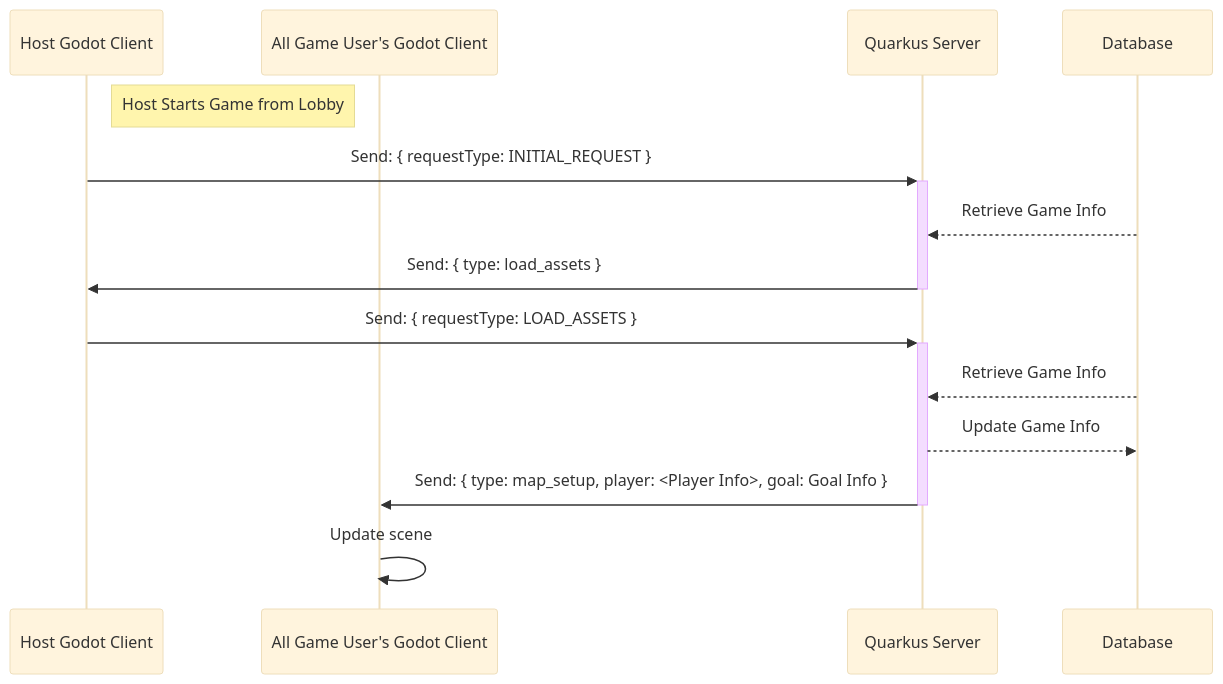
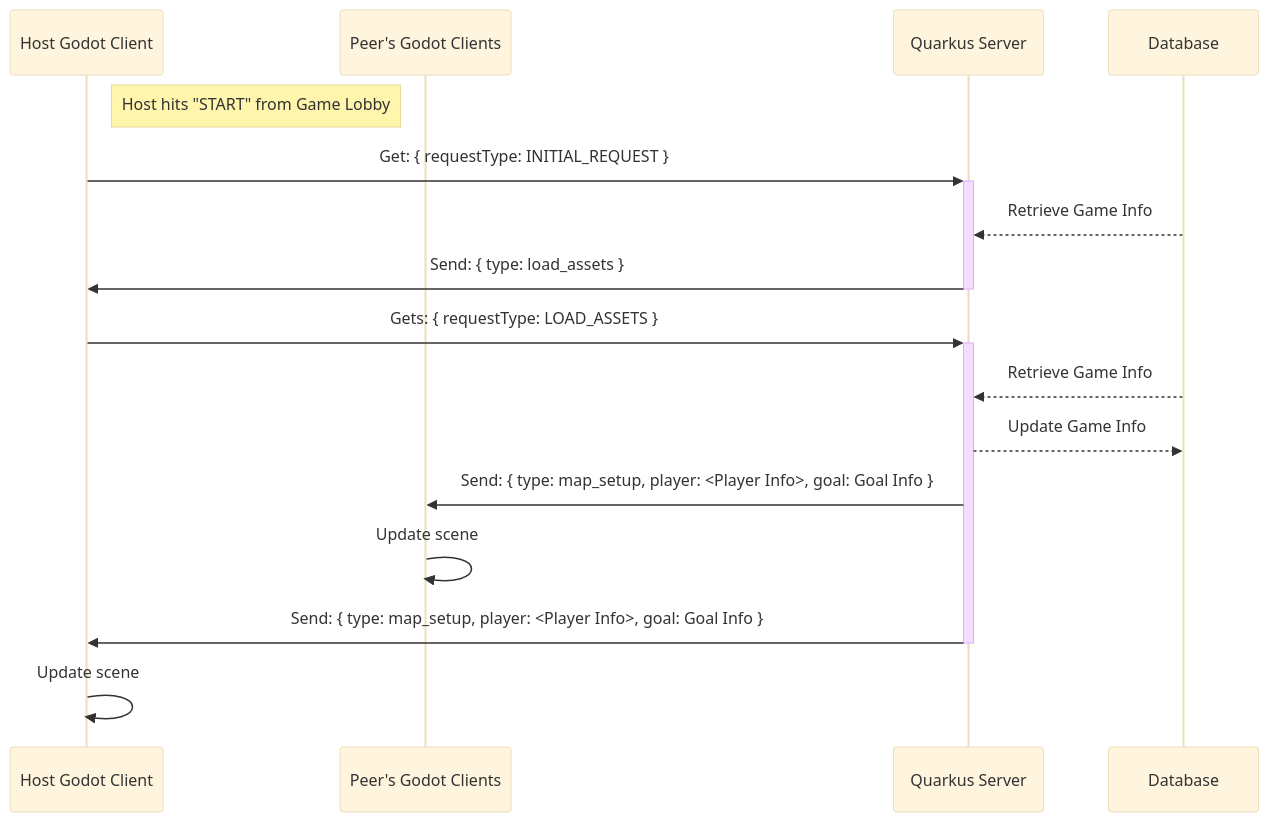
The second of 2 diagrams in README.md (Jaland/godot-lobby-backend), drawn with Mermaid (base theme) before and after one commit. The commit also changed other lines of this file, not shown here.

````diff
--- a/README.md
+++ b/README.md
@@ -193,24 +209,28 @@
 ```mermaid
 sequenceDiagram
   participant UClient as Host Godot Client
-  participant GClient as All Game User's Godot Client
+  participant GClient as Peer's Godot Clients
   participant Controller as Quarkus Server
   participant Database as Database
 
 
-  note right of UClient: Host Starts Game from Lobby
+  note right of UClient: Host hits "START" from Game Lobby
 
-  UClient->>+Controller: Send: { requestType: INITIAL_REQUEST }
+  UClient->>+Controller: Get: { requestType: INITIAL_REQUEST }
     Database-->>Controller: Retrieve Game Info
     Controller->>-UClient: Send: { type: load_assets }
 
   
-  UClient->>+Controller: Send: { requestType: LOAD_ASSETS }
+  UClient->>+Controller: Gets: { requestType: LOAD_ASSETS }
     Database-->>Controller: Retrieve Game Info
     Controller-->>Database: Update Game Info
-    Controller->>-GClient: Send: { type: map_setup, player: <Player Info>, goal: Goal Info }
+    Controller->>GClient: Send: { type: map_setup, player: <Player Info>, goal: Goal Info }
   
   
   GClient->>GClient: Update scene
+
+
+  Controller->>-UClient: Send: { type: map_setup, player: <Player Info>, goal: Goal Info }
+  UClient->>UClient: Update scene
   
 ```
````
